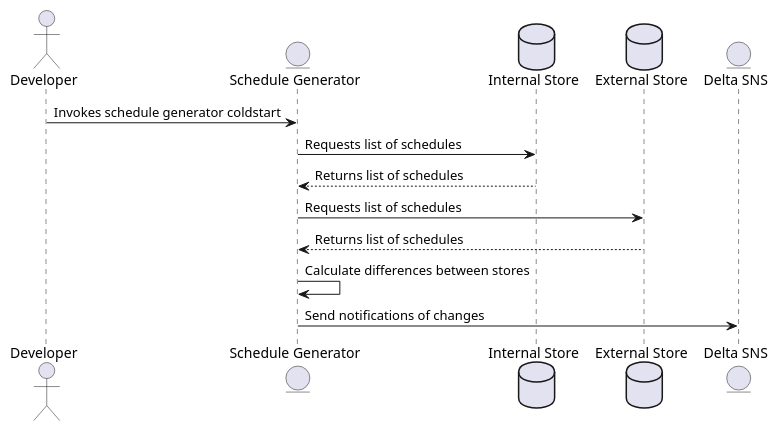
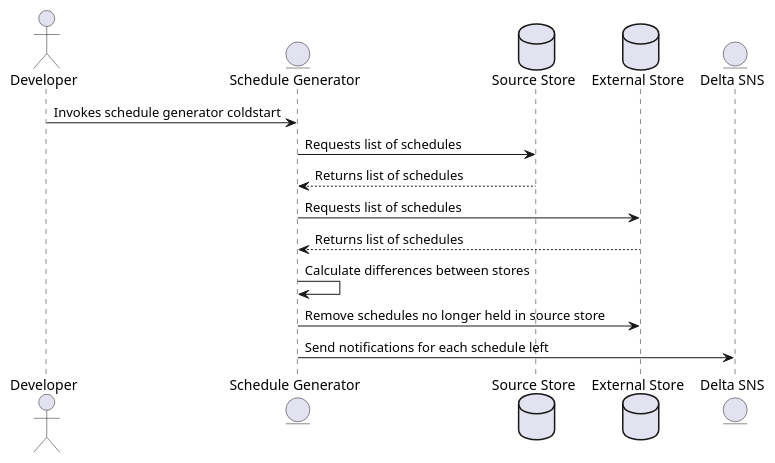
Before and after one commit to OMBowkerBBC/DC4400-Report: the diagram in diagrams/sequence/finalColdstart.puml, drawn with PlantUML. The commit also changed 5 other files, not shown here.

```diff
--- a/diagrams/sequence/finalColdstart.puml
+++ b/diagrams/sequence/finalColdstart.puml
@@ -1,16 +1,17 @@
 @startuml Final Coldstart
 actor Developer as dev
 entity "Schedule Generator" as sg
-database "Internal Store" as sm
+database "Source Store" as sm
 database "External Store" as bsd
 entity "Delta SNS" as sns
 
 dev -> sg : Invokes schedule generator coldstart
 sg -> sm  : Requests list of schedules
 sg <-- sm : Returns list of schedules
 sg -> bsd  : Requests list of schedules
 sg <-- bsd : Returns list of schedules
 sg -> sg : Calculate differences between stores
-sg -> sns : Send notifications of changes
+sg -> bsd : Remove schedules no longer held in source store
+sg -> sns : Send notifications for each schedule left
 
 @enduml
```
